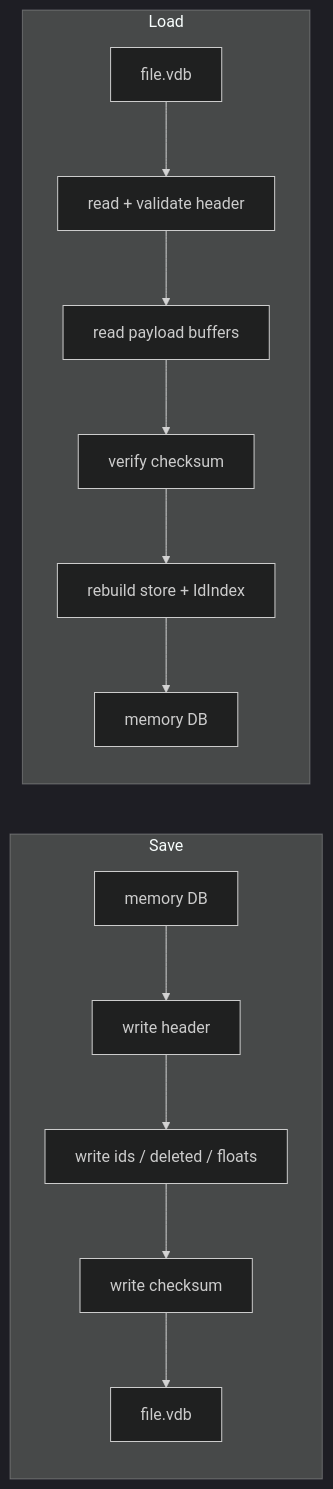
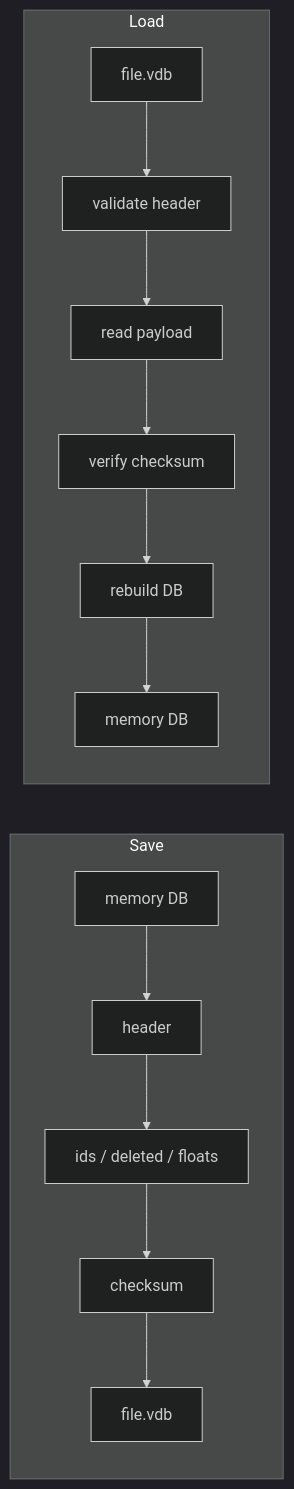
The fourth of 4 diagrams in README.md (Kumario1/vectorDB), drawn with Mermaid (dark theme) before and after one commit. The commit also changed other lines of this file, not shown here.

````diff
--- a/README.md
+++ b/README.md
@@ -214,17 +282,17 @@
 ```mermaid
 flowchart LR
   subgraph Save
-    M1["memory DB"] --> W1["write header"]
-    W1 --> W2["write ids / deleted / floats"]
-    W2 --> W3["write checksum"]
+    M1["memory DB"] --> W1["header"]
+    W1 --> W2["ids / deleted / floats"]
+    W2 --> W3["checksum"]
     W3 --> F["file.vdb"]
   end
 
   subgraph Load
-    F2["file.vdb"] --> R1["read + validate header"]
-    R1 --> R2["read payload buffers"]
+    F2["file.vdb"] --> R1["validate header"]
+    R1 --> R2["read payload"]
     R2 --> R3["verify checksum"]
-    R3 --> R4["rebuild store + IdIndex"]
+    R3 --> R4["rebuild DB"]
     R4 --> M2["memory DB"]
   end
 ```
````
